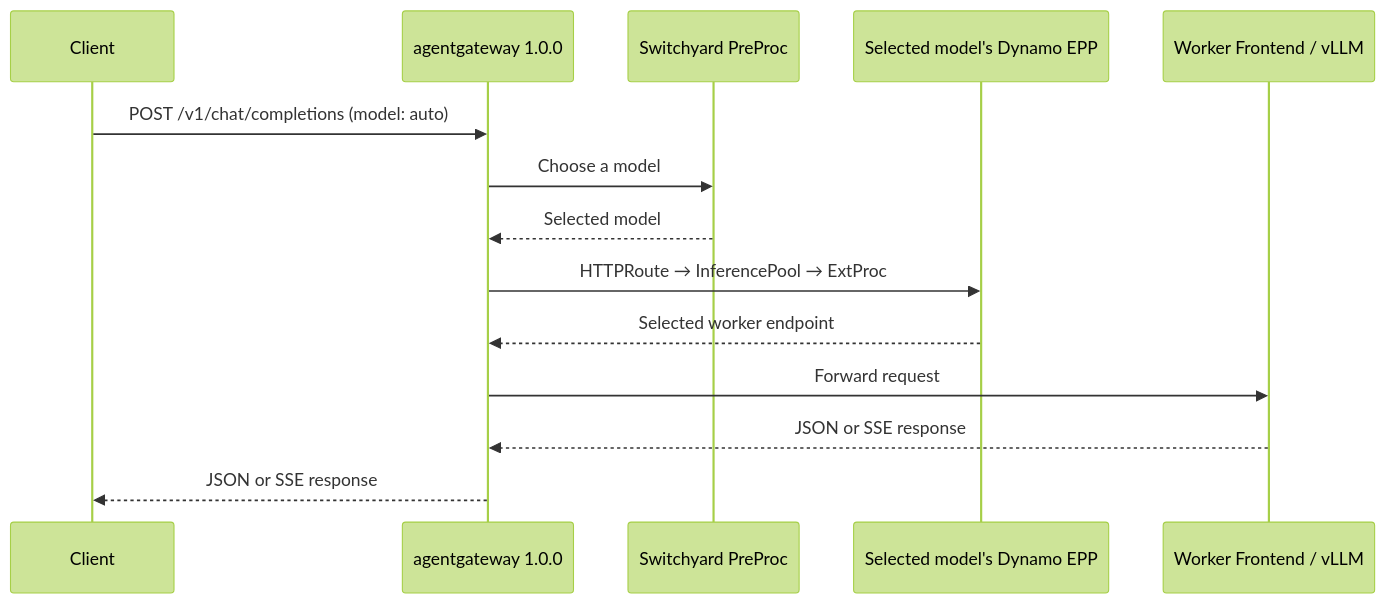
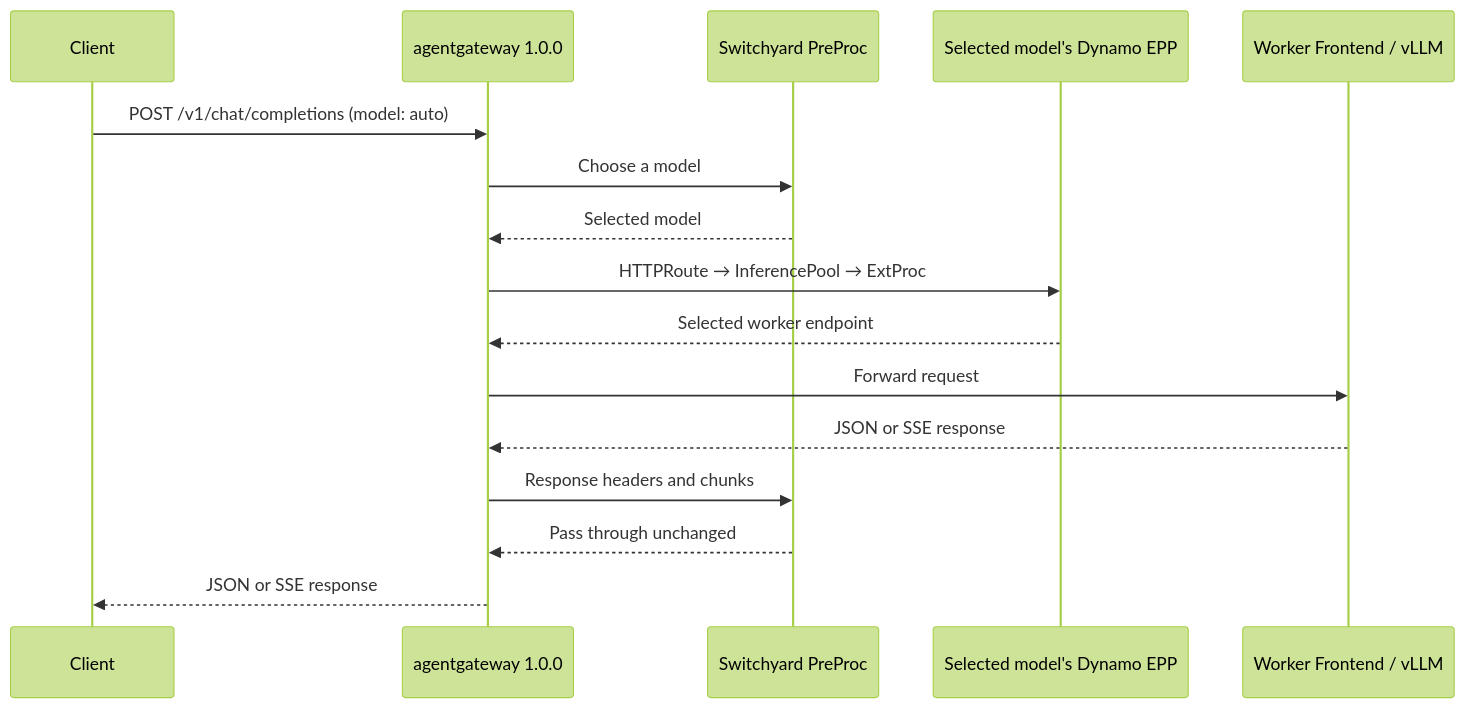
The diagram in examples/backends/vllm/deploy/gaie/switchyard/README.md (ai-dynamo/dynamo), drawn with Mermaid (forest theme) before and after one commit. The commit also changed other lines of this file and 2 other files, not shown here.

````diff
--- a/examples/backends/vllm/deploy/gaie/switchyard/README.md
+++ b/examples/backends/vllm/deploy/gaie/switchyard/README.md
@@ -14,16 +14,18 @@
 ```mermaid
 sequenceDiagram
     participant Client
     participant Gateway as agentgateway 1.0.0
     participant Proc as Switchyard PreProc
     participant EPP as Selected model's Dynamo EPP
     participant Worker as Worker Frontend / vLLM
     Client->>Gateway: POST /v1/chat/completions (model: auto)
     Gateway->>Proc: Choose a model
     Proc-->>Gateway: Selected model
     Gateway->>EPP: HTTPRoute → InferencePool → ExtProc
     EPP-->>Gateway: Selected worker endpoint
     Gateway->>Worker: Forward request
     Worker-->>Gateway: JSON or SSE response
+    Gateway->>Proc: Response headers and chunks
+    Proc-->>Gateway: Pass through unchanged
     Gateway-->>Client: JSON or SSE response
 ```
````
